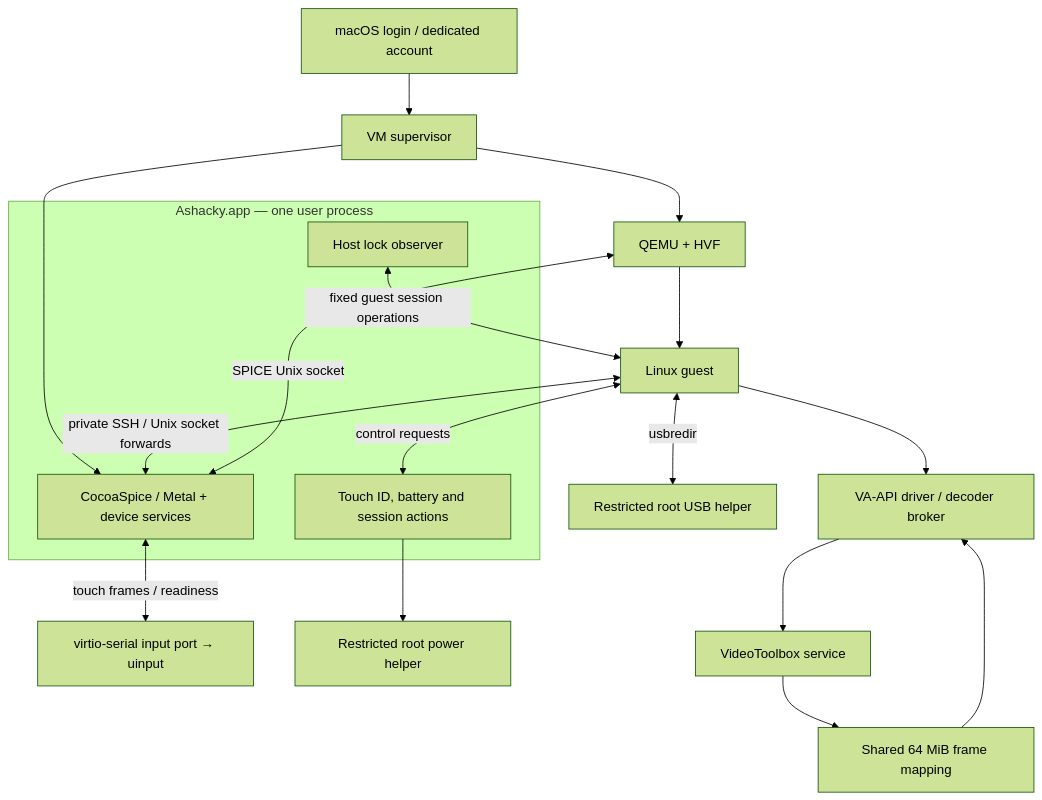
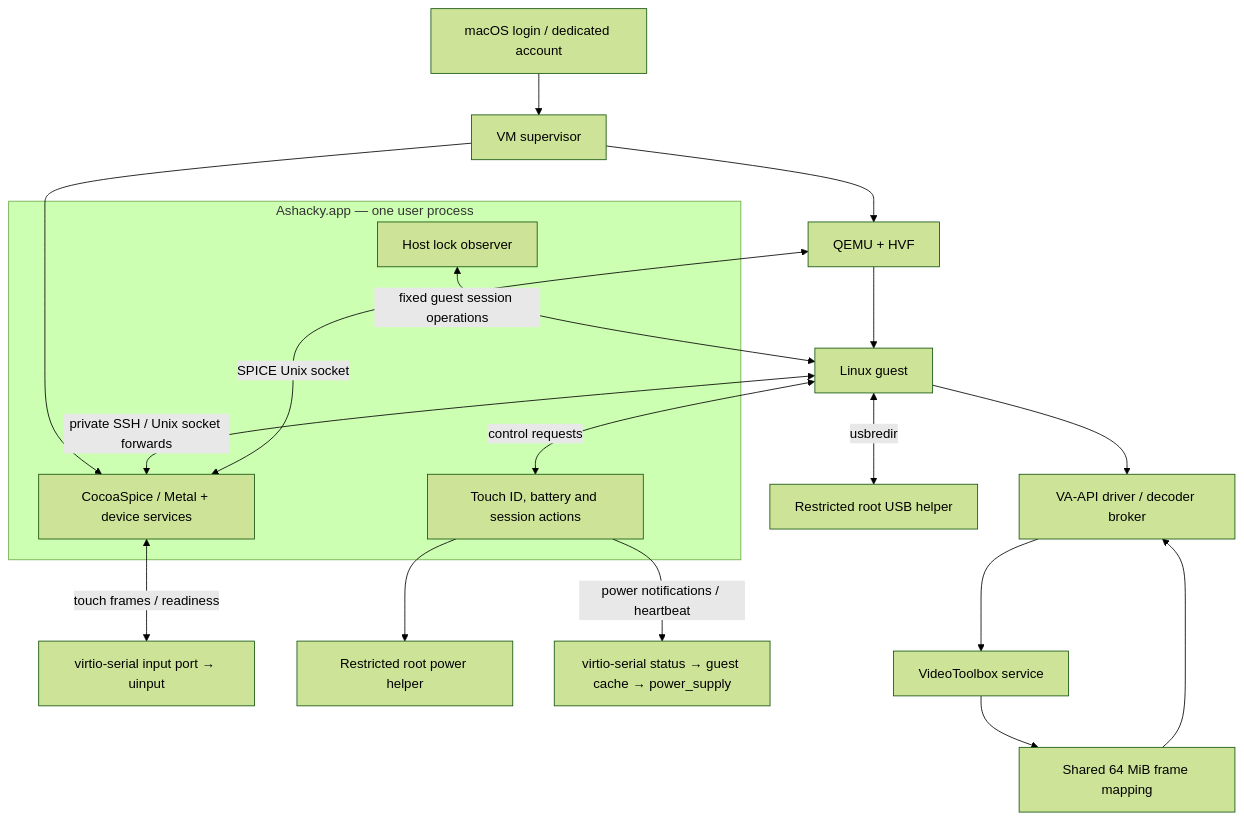
Before and after one commit to aynik/ashacky: the diagram in docs/ARCHITECTURE.md, drawn with Mermaid (forest theme). The commit also changed other lines of this file and 16 other files, not shown here.

First line of the commit message:
Push battery state changes through virtio-serial

````diff
--- a/docs/ARCHITECTURE.md
+++ b/docs/ARCHITECTURE.md
@@ -7,23 +7,24 @@
 ```mermaid
 flowchart TB
   Login[macOS login / dedicated account] --> Session[VM supervisor]
   Session --> QEMU[QEMU + HVF]
   Session --> Frontend
   subgraph App[Ashacky.app — one user process]
     Frontend[CocoaSpice / Metal + device services]
     Control[Touch ID, battery and session actions]
     Sync[Host lock observer]
   end
   Frontend <-->|SPICE Unix socket| QEMU
   QEMU --> Guest[Linux guest]
   Frontend <-->|touch frames / readiness| Input[virtio-serial input port → uinput]
   Guest <-->|private SSH / Unix socket forwards| Frontend
   Guest <-->|control requests| Control
   Control --> Power[Restricted root power helper]
+  Control -->|power notifications / heartbeat| Telemetry[virtio-serial status → guest cache → power_supply]
   Sync <-->|fixed guest session operations| Guest
   Guest <-->|usbredir| USB[Restricted root USB helper]
   Guest --> VA[VA-API driver / decoder broker]
   VA --> VT[VideoToolbox service]
   VT --> Memory[Shared 64 MiB frame mapping]
   Memory --> VA
 ```
````
